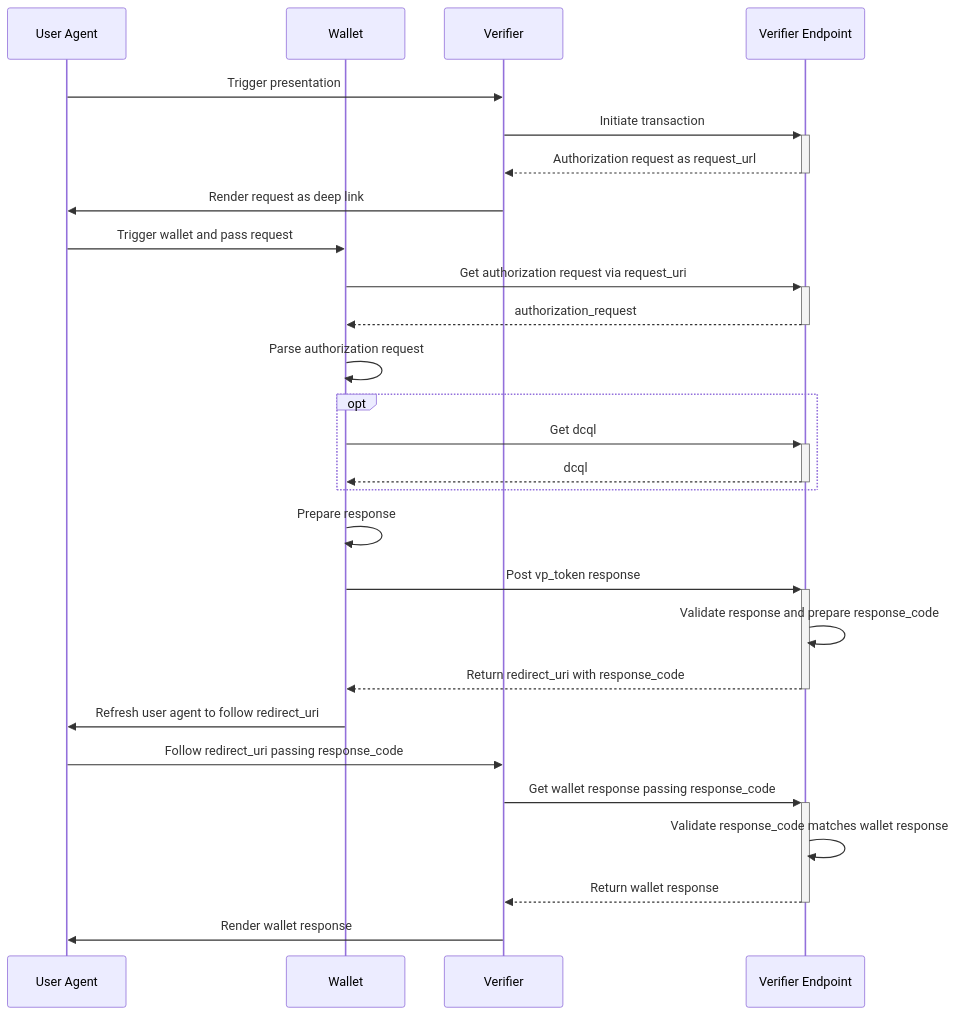
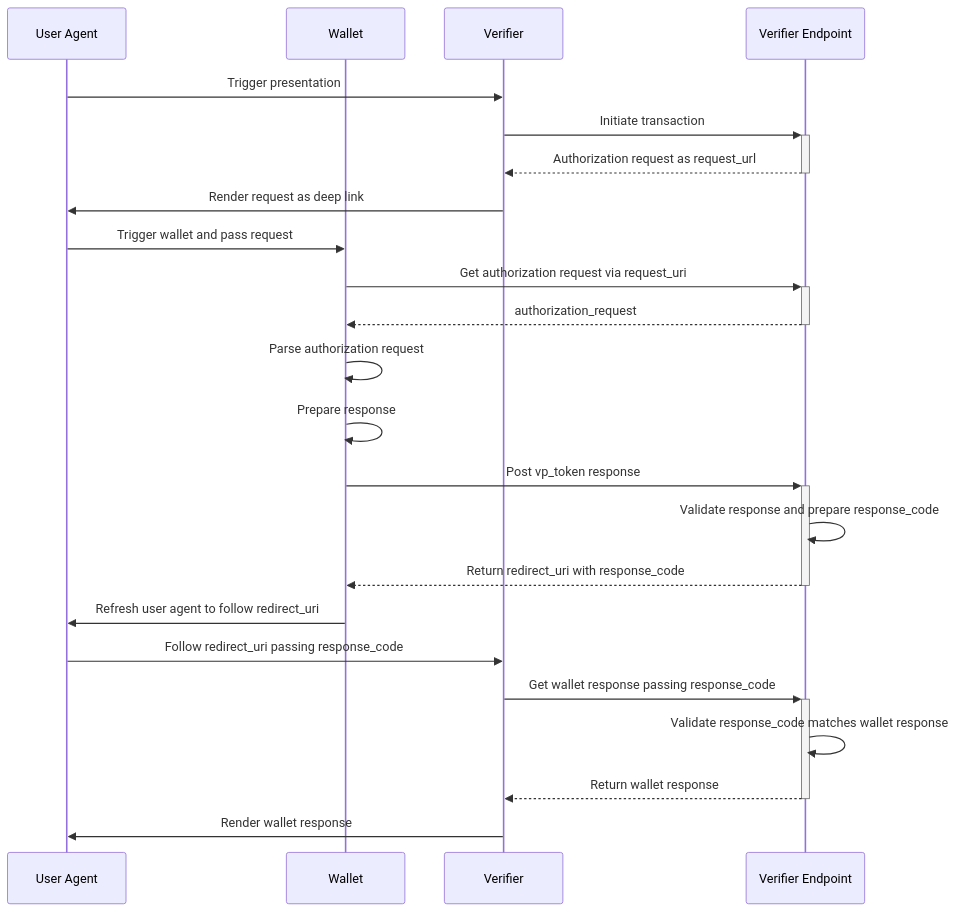
The first of 2 diagrams in README.md (eu-digital-identity-wallet/eudi-srv-web-verifier-endpoint-23220-4-kt), drawn with Mermaid before and after one commit. The commit also changed other lines of this file, not shown here.

````diff
--- a/README.md
+++ b/README.md
@@ -137,39 +137,34 @@
 ```mermaid
 sequenceDiagram    
     participant UA as User Agent
     participant W as Wallet
     participant V as Verifier
     participant VE as Verifier Endpoint
     UA->>V: Trigger presentation 
     
     V->>+VE: Initiate transaction
     VE-->>-V: Authorization request as request_url
     
     V->>UA: Render request as deep link
     UA->>W: Trigger wallet and pass request
     
     W->>+VE: Get authorization request via request_uri 
     VE-->>-W: authorization_request
     
     W->>W: Parse authorization request
     
-    opt
-        W->>+VE: Get dcql 
-        VE-->>-W: dcql
-    end
-    
     W->>W: Prepare response     
     
     W->>+VE: Post vp_token response 
     VE->>VE: Validate response and prepare response_code
     VE-->>-W: Return redirect_uri with response_code
     
     W->>UA: Refresh user agent to follow redirect_uri
     UA->>V: Follow redirect_uri passing response_code
     
     V->>+VE: Get wallet response passing response_code 
     VE->>VE: Validate response_code matches wallet response
     VE-->>-V: Return wallet response
     
     V->>UA: Render wallet response 
 ```
````
